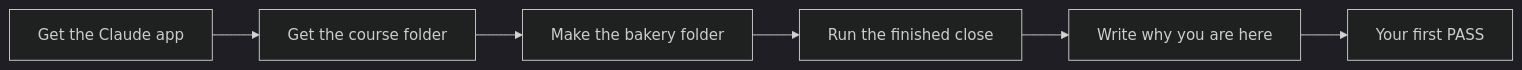
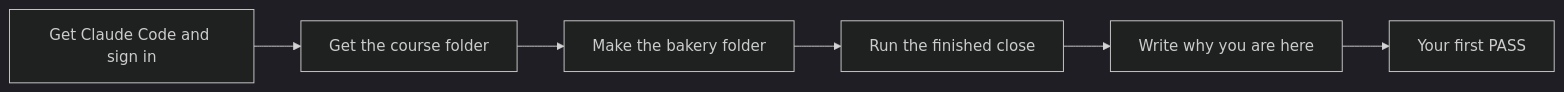
One commit to learnwithparam/claude-code-for-everyone changed the diagram in 00-orientation/README.md. Above: the diagram before and after it, drawn with Mermaid (dark theme). The commit also changed other lines of this file and 146 other files, not shown here.

First line of the commit message:
Run the course on the real Claude Code, not the model API (#2)

````diff
--- a/00-orientation/README.md
+++ b/00-orientation/README.md
@@ -5,8 +5,8 @@
 ```mermaid
 flowchart LR
-  A[Get the Claude app] --> B[Get the course folder]
+  A[Get Claude Code and sign in] --> B[Get the course folder]
   B --> C[Make the bakery folder]
   C --> D[Run the finished close]
   D --> E[Write why you are here]
   E --> F[Your first PASS]
 ```
````
